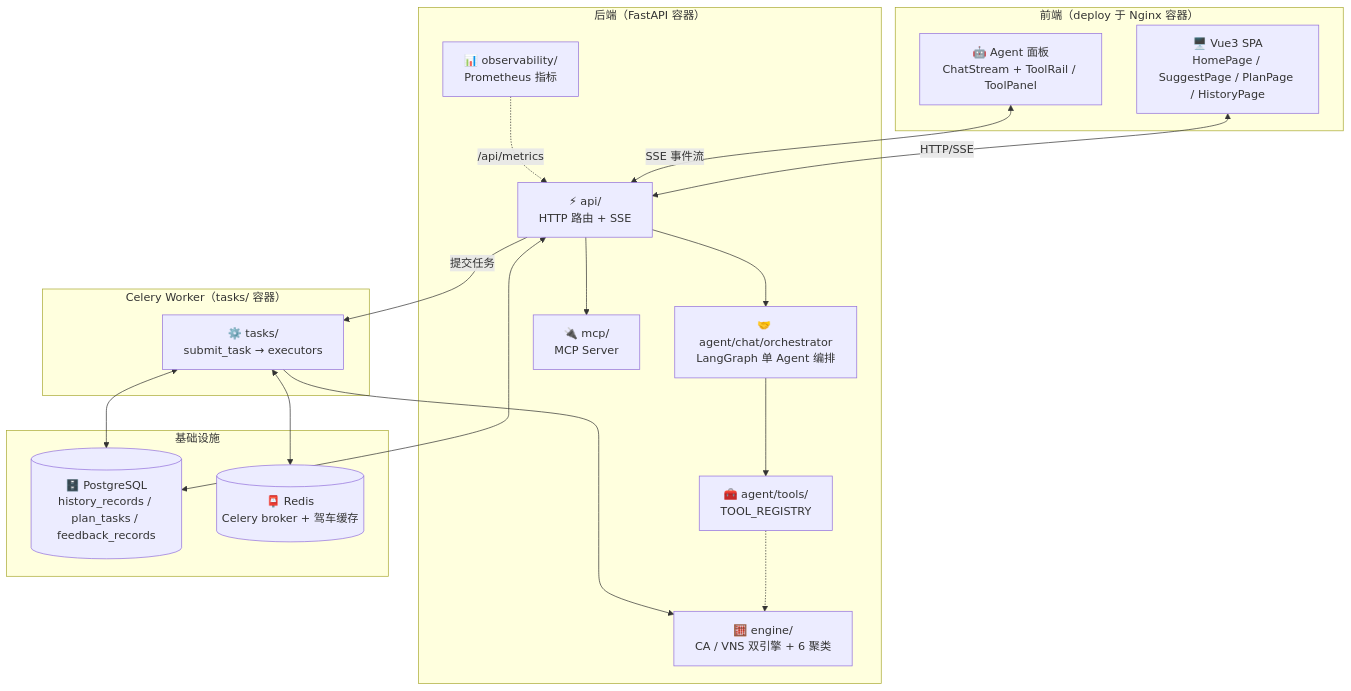
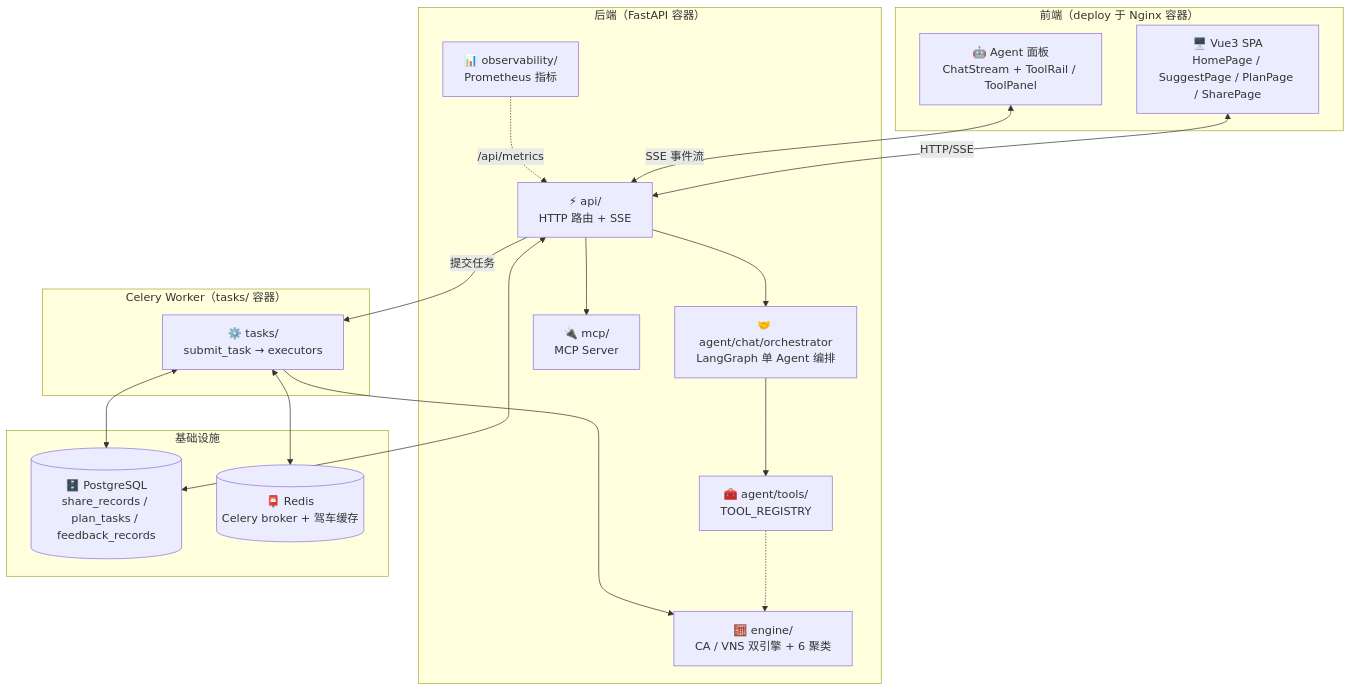
The second of 2 diagrams in ARCHITECTURE.md (xiaojiune/TravelPal), drawn with Mermaid before and after one commit. The commit also changed 162 other files, not shown here.

````diff
--- a/ARCHITECTURE.md
+++ b/ARCHITECTURE.md
@@ -36,38 +36,38 @@
 ```mermaid
 flowchart TB
   subgraph Client["前端（deploy 于 Nginx 容器）"]
-    SPA["🖥️ Vue3 SPA<br/>HomePage / SuggestPage / PlanPage / HistoryPage"]
+    SPA["🖥️ Vue3 SPA<br/>HomePage / SuggestPage / PlanPage / SharePage"]
     AgentPanel["🤖 Agent 面板<br/>ChatStream + ToolRail / ToolPanel"]
   end
 
   subgraph Server["后端（FastAPI 容器）"]
     API["⚡ api/ <br/>HTTP 路由 + SSE"]
     ORCH["🤝 agent/chat/orchestrator<br/>LangGraph 单 Agent 编排"]
     TOOLS["🧰 agent/tools/<br/>TOOL_REGISTRY"]
     ENGINE["🧮 engine/<br/>CA / VNS 双引擎 + 6 聚类"]
     MCP["🔌 mcp/ <br/>MCP Server"]
     OBS["📊 observability/<br/>Prometheus 指标"]
   end
 
   subgraph Worker["Celery Worker（tasks/ 容器）"]
     TASK["⚙️ tasks/<br/>submit_task → executors"]
   end
 
   subgraph Infra["基础设施"]
-    PG[("🗄️ PostgreSQL<br/>history_records / plan_tasks / feedback_records")]
+    PG[("🗄️ PostgreSQL<br/>share_records / plan_tasks / feedback_records")]
     Redis[("📮 Redis<br/>Celery broker + 驾车缓存")]
   end
 
   SPA <-->|HTTP/SSE| API
   AgentPanel <-->|SSE 事件流| API
   API --> ORCH
   ORCH --> TOOLS
   API --> MCP
   TOOLS -.-> ENGINE
   API -->|提交任务| TASK
   TASK --> ENGINE
   TASK <--> PG
   TASK <--> Redis
   API <--> PG
   OBS -.->|/api/metrics| API
 ```
````
